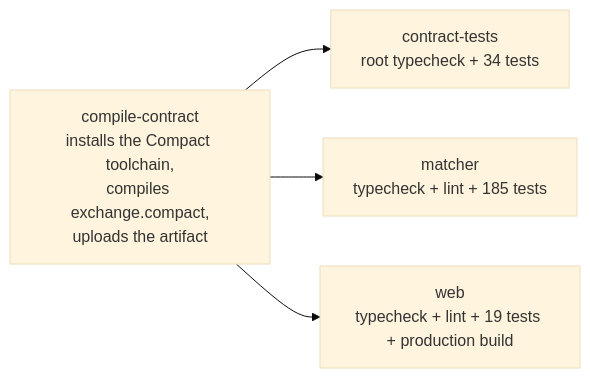
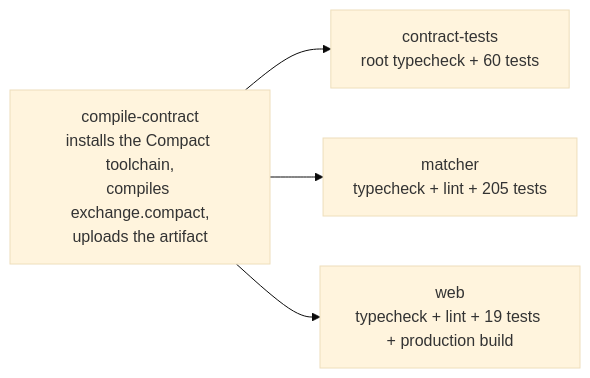
The sixth of 6 diagrams in README.md (wolf1276/ZEKURA), drawn with Mermaid (base theme) before and after one commit. The commit also changed other lines of this file, not shown here.

````diff
--- a/README.md
+++ b/README.md
@@ -796,10 +1028,10 @@
 ```mermaid
 flowchart LR
     A["compile-contract<br/>installs the Compact toolchain,<br/>compiles exchange.compact,<br/>uploads the artifact"]
-    B["contract-tests<br/>root typecheck + 34 tests"]
-    C["matcher<br/>typecheck + lint + 185 tests"]
+    B["contract-tests<br/>root typecheck + 60 tests"]
+    C["matcher<br/>typecheck + lint + 205 tests"]
     D["web<br/>typecheck + lint + 19 tests + production build"]
     A --> B
     A --> C
     A --> D
 ```
````
